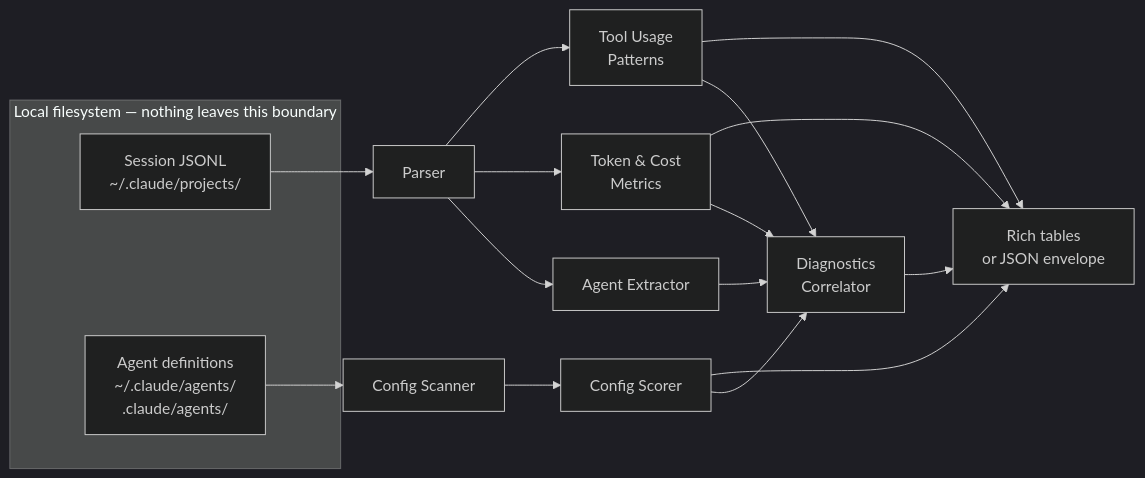
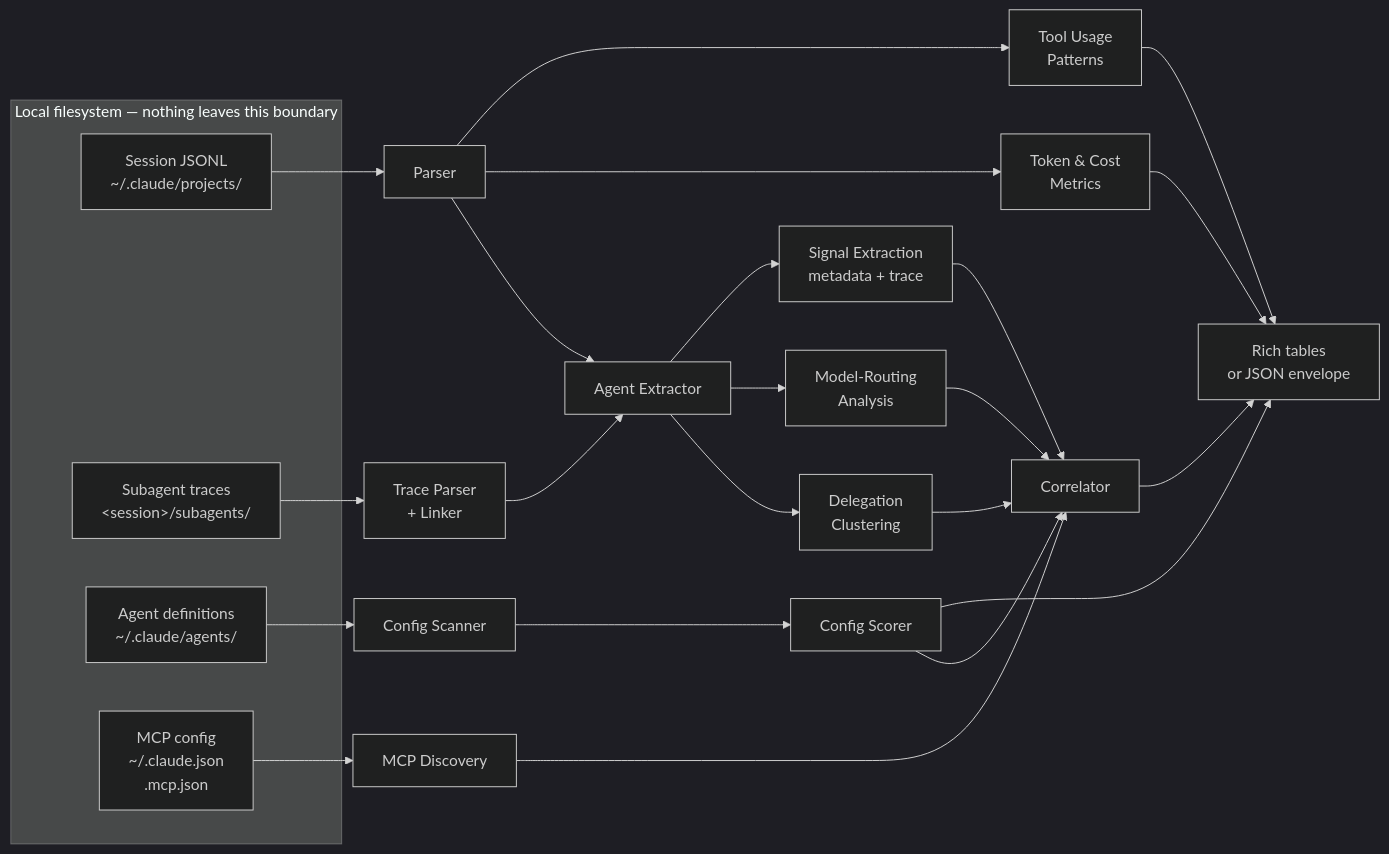
Before and after one commit to frederick-douglas-pearce/agentfluent: the diagram in README.md, drawn with Mermaid (dark theme). The commit also changed other lines of this file, not shown here.

````diff
--- a/README.md
+++ b/README.md
@@ -182,24 +192,33 @@
 ```mermaid
 flowchart LR
     subgraph Local["Local filesystem — nothing leaves this boundary"]
         S["Session JSONL<br/>~/.claude/projects/"]
-        A["Agent definitions<br/>~/.claude/agents/<br/>.claude/agents/"]
+        ST["Subagent traces<br/>&lt;session&gt;/subagents/"]
+        A["Agent definitions<br/>~/.claude/agents/"]
+        M["MCP config<br/>~/.claude.json<br/>.mcp.json"]
     end
 
     S --> P[Parser]
+    ST --> TP[Trace Parser<br/>+ Linker]
     P --> X[Agent Extractor]
     P --> TM[Token &amp; Cost<br/>Metrics]
     P --> TU[Tool Usage<br/>Patterns]
+    TP --> X
     A --> CS[Config Scanner]
     CS --> SC[Config Scorer]
+    M --> MD[MCP Discovery]
 
-    X --> D[Diagnostics<br/>Correlator]
-    TM --> D
-    TU --> D
-    SC --> D
+    X --> DX[Delegation<br/>Clustering]
+    X --> MR[Model-Routing<br/>Analysis]
+    X --> SIG[Signal Extraction<br/>metadata + trace]
+    SIG --> COR[Correlator]
+    MR --> COR
+    DX --> COR
+    MD --> COR
+    SC --> COR
 
-    D --> OUT["Rich tables<br/>or JSON envelope"]
+    COR --> OUT["Rich tables<br/>or JSON envelope"]
     TM --> OUT
     TU --> OUT
     SC --> OUT
 ```
````
